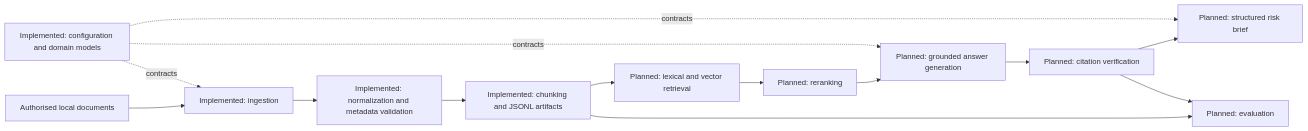
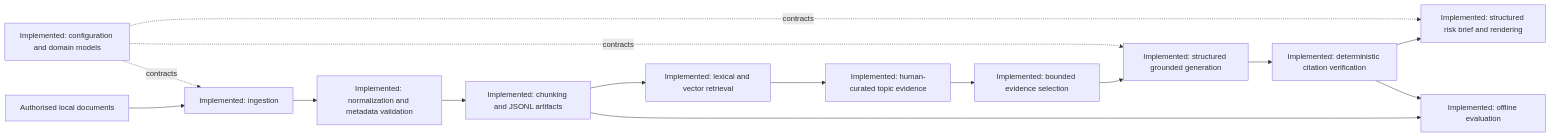
Before and after one commit to YushenSun/china-policy-intelligence-rag: the diagram in docs/architecture.md, drawn with Mermaid. The commit also changed other lines of this file and 25 other files, not shown here.

Commit message:
feat: add grounded policy analysis and citation verification

````diff
--- a/docs/architecture.md
+++ b/docs/architecture.md
@@ -35,16 +37,17 @@
 ```mermaid
 flowchart LR
     A["Authorised local documents"] --> B["Implemented: ingestion"]
     B --> C["Implemented: normalization and metadata validation"]
     C --> D["Implemented: chunking and JSONL artifacts"]
-    D --> E["Planned: lexical and vector retrieval"]
-    E --> F["Planned: reranking"]
-    F --> G["Planned: grounded answer generation"]
-    G --> H["Planned: citation verification"]
-    H --> I["Planned: structured risk brief"]
-    D --> J["Planned: evaluation"]
+    D --> E["Implemented: lexical and vector retrieval"]
+    E --> L["Implemented: human-curated topic evidence"]
+    L --> F["Implemented: bounded evidence selection"]
+    F --> G["Implemented: structured grounded generation"]
+    G --> H["Implemented: deterministic citation verification"]
+    H --> I["Implemented: structured risk brief and rendering"]
+    D --> J["Implemented: offline evaluation"]
     H --> J
     K["Implemented: configuration and domain models"] -. contracts .-> B
     K -. contracts .-> G
     K -. contracts .-> I
 ```
````
